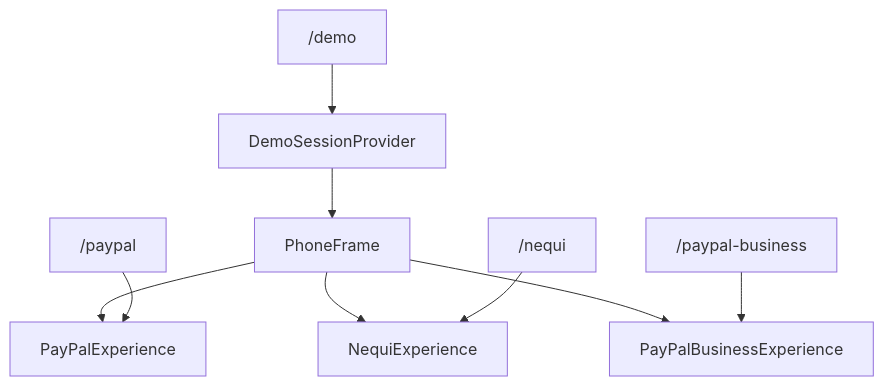
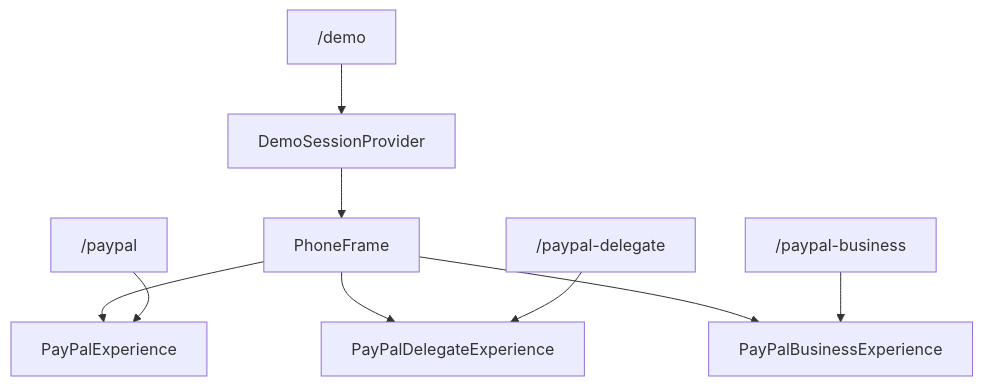
The third of 4 diagrams in docs/03-architecture.md (Juanqu261/compas-paypal), drawn with Mermaid before and after one commit. The commit also changed other lines of this file and 41 other files, not shown here.

````diff
--- a/docs/03-architecture.md
+++ b/docs/03-architecture.md
@@ -81,18 +81,18 @@
 ```mermaid
 flowchart TB
   demo["/demo"]
   session["DemoSessionProvider"]
   paypalApp["PayPalExperience"]
-  nequi["NequiExperience"]
+  delegateApp["PayPalDelegateExperience"]
   business["PayPalBusinessExperience"]
   frame["PhoneFrame"]
 
   demo --> session
   session --> frame
   frame --> paypalApp
-  frame --> nequi
+  frame --> delegateApp
   frame --> business
   paypalRoute["/paypal"] --> paypalApp
-  nequiRoute["/nequi"] --> nequi
+  delegateRoute["/paypal-delegate"] --> delegateApp
   businessRoute["/paypal-business"] --> business
 ```
````
